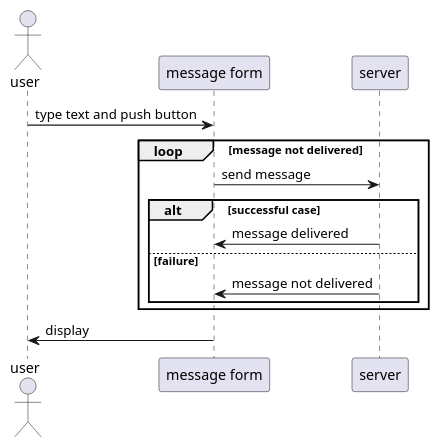
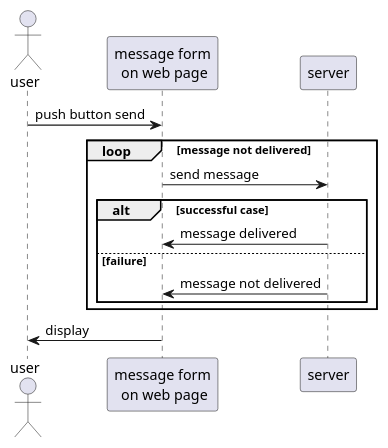
One commit to Pahoomich/nwchat changed the diagram in UML/sequence diagramm/send msg.puml. Above: the diagram before and after it, drawn with PlantUML. The commit also changed 3 other files, not shown here.

```diff
--- a/UML/sequence diagramm/send msg.puml
+++ b/UML/sequence diagramm/send msg.puml
@@ -1,26 +1,27 @@
 @startuml
 '
 '
 ' Use case View
 '
 '
 
 actor user
 
-participant "message form" as wp
+participant "message form\n on web page" as wp
 participant server as s
 
 
-user -> wp : type text and push button
+user -> wp : push button send
+
 loop message not delivered
     wp -> s : send message
     alt successful case
         wp <- s : message delivered
     else failure
         wp <- s : message not delivered
 
     end
 end
 user <- wp : display
 
 @enduml
```
